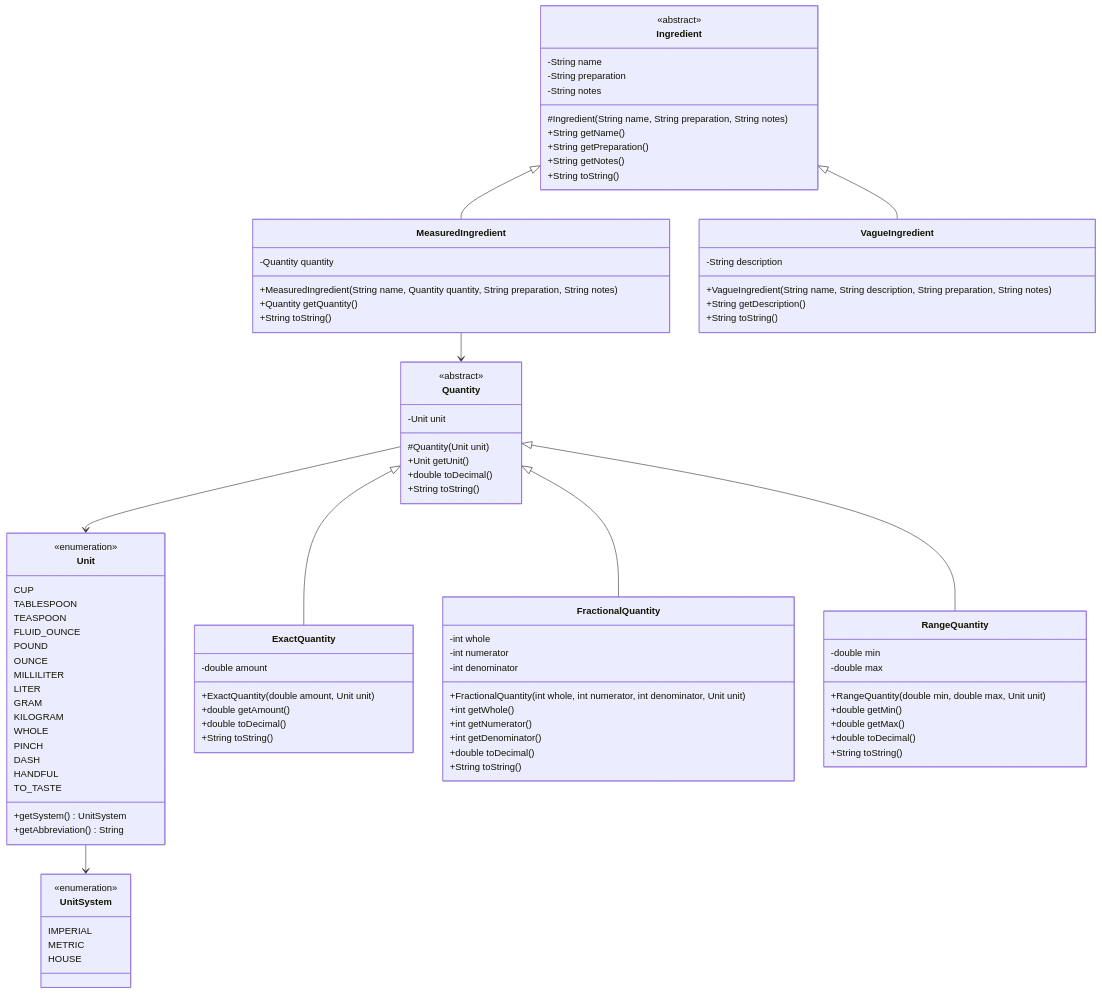
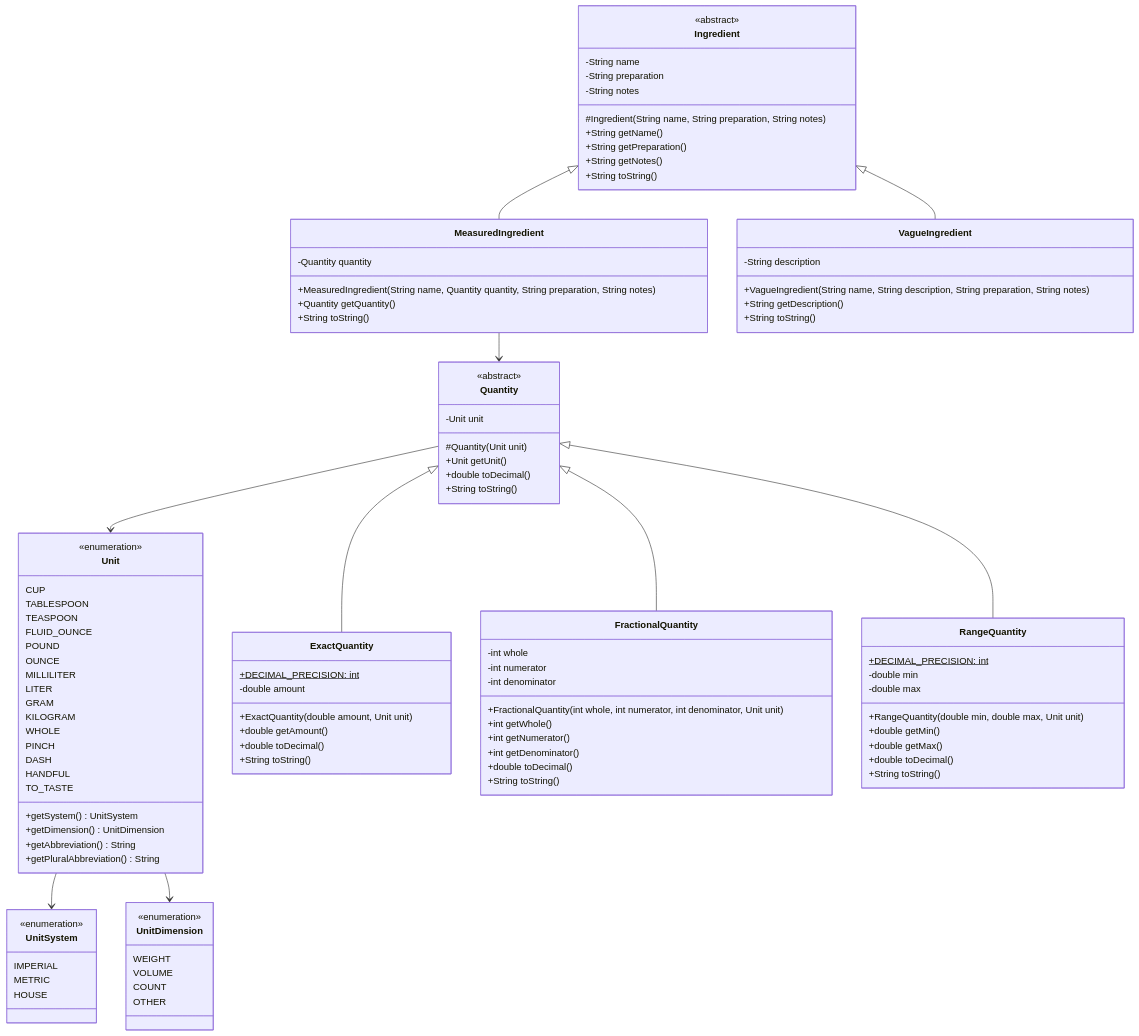
One commit to neu-pdi/cs3100-public-resources changed the diagram in assignments/cyb1-recipes.md. Above: the diagram before and after it, drawn with Mermaid. The commit also changed other lines of this file, not shown here.

```diff
--- a/assignments/cyb1-recipes.md
+++ b/assignments/cyb1-recipes.md
@@ -76,6 +84,14 @@
         IMPERIAL
         METRIC
         HOUSE
+    }
+    
+    class UnitDimension {
+        <<enumeration>>
+        WEIGHT
+        VOLUME
+        COUNT
+        OTHER
     }
     
     class Unit {
@@ -96,7 +112,9 @@
         HANDFUL
         TO_TASTE
         +getSystem() UnitSystem
+        +getDimension() UnitDimension
         +getAbbreviation() String
+        +getPluralAbbreviation() String
     }
     
     class Quantity {
@@ -109,6 +127,7 @@
     }
     
     class ExactQuantity {
+        +DECIMAL_PRECISION: int$ 
         -double amount
         +ExactQuantity(double amount, Unit unit)
         +double getAmount()
@@ -129,6 +148,7 @@
     }
     
     class RangeQuantity {
+        +DECIMAL_PRECISION: int$
         -double min
         -double max
         +RangeQuantity(double min, double max, Unit unit)
@@ -165,6 +185,7 @@
     }
     
     Unit --> UnitSystem
+    Unit --> UnitDimension
     Quantity --> Unit
     Quantity <|-- ExactQuantity
     Quantity <|-- FractionalQuantity
```
